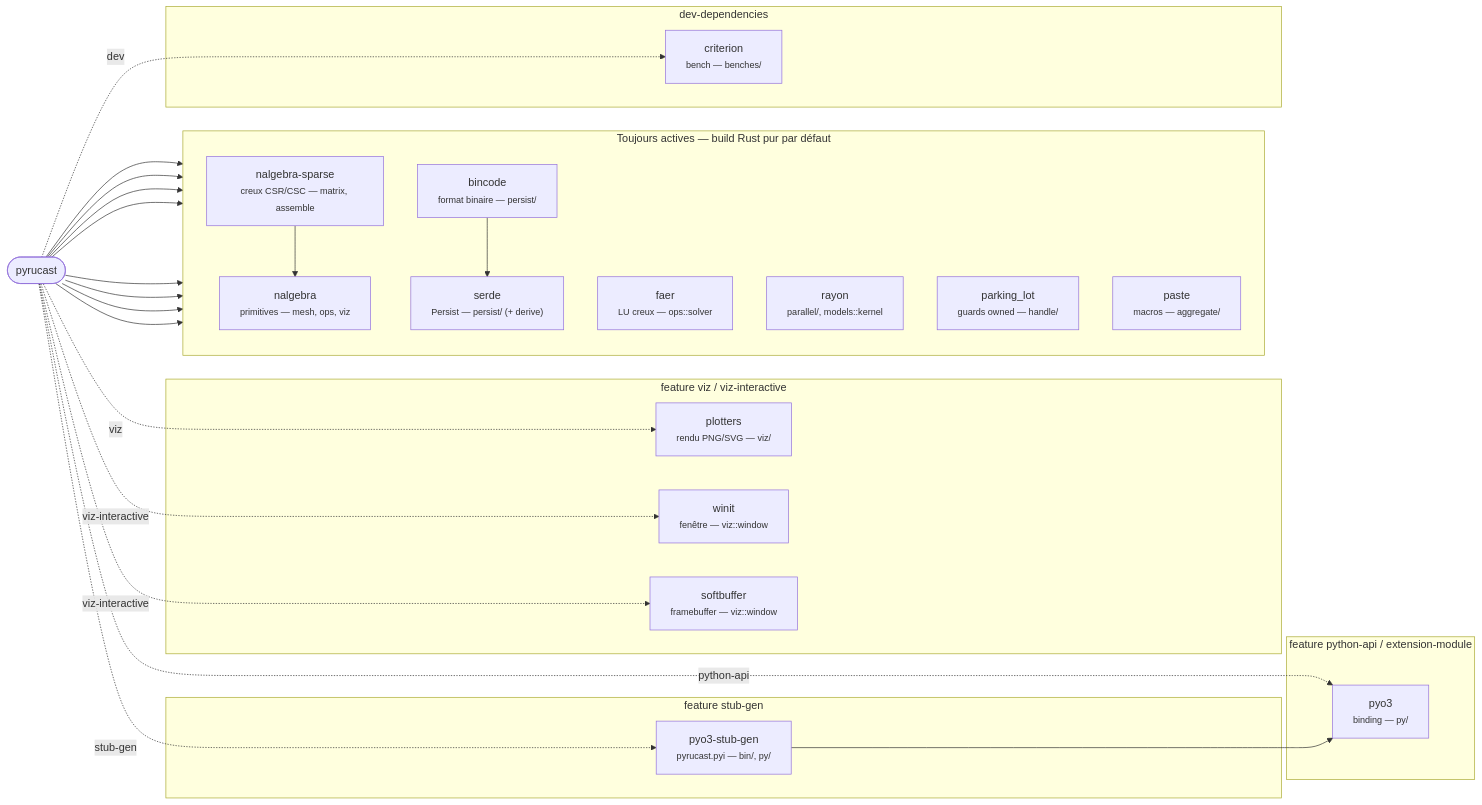
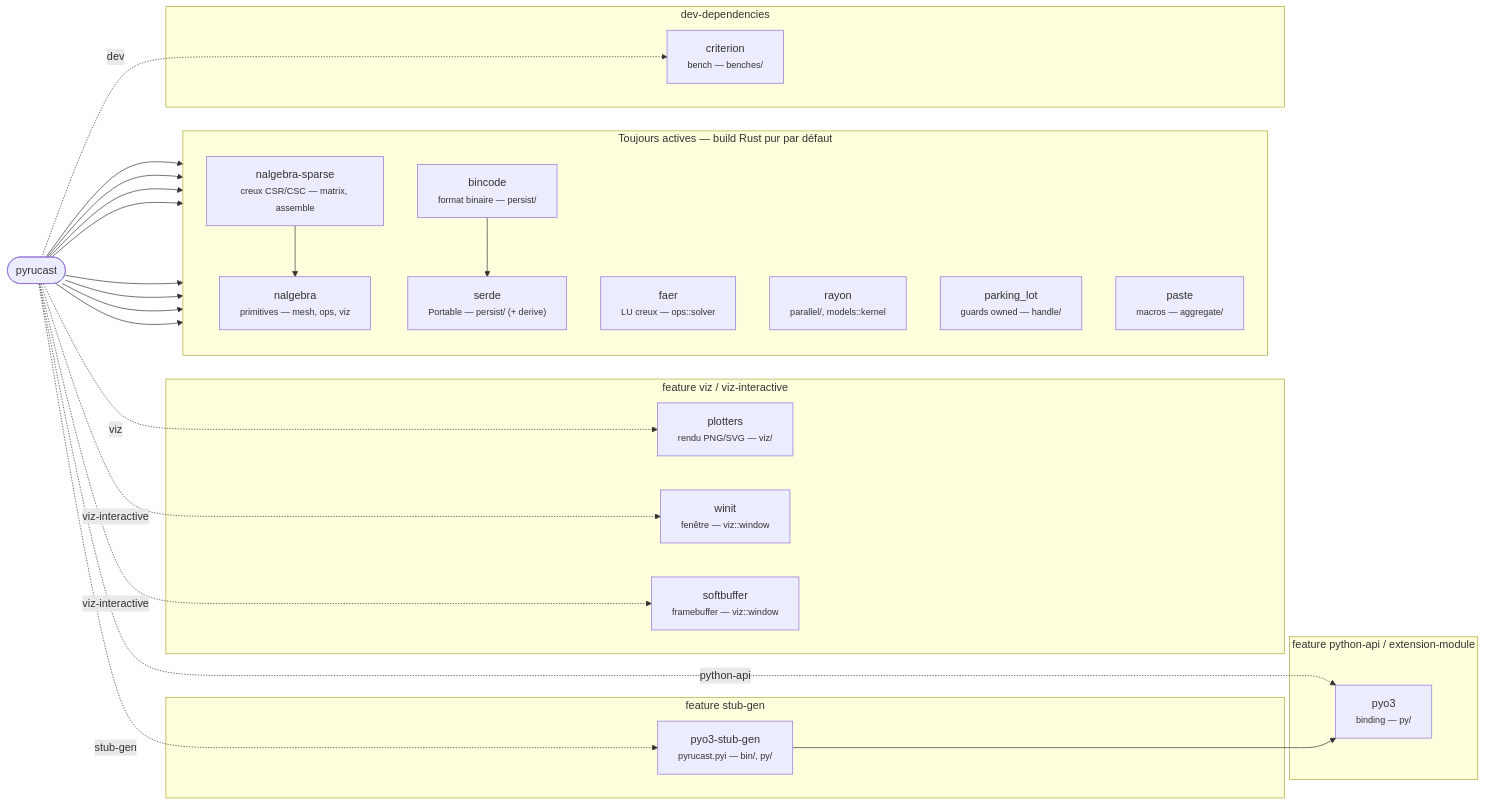
One commit to Pyrucast/pyrucast changed the diagram in book/src/developper/arborescence.md. Above: the diagram before and after it, drawn with Mermaid. The commit also changed other lines of this file and 39 other files, not shown here.

````diff
--- a/book/src/developper/arborescence.md
+++ b/book/src/developper/arborescence.md
@@ -149,42 +149,42 @@
 ```mermaid
 flowchart LR
     pc(["pyrucast"])
 
     subgraph core["Toujours actives — build Rust pur par défaut"]
         direction TB
         nalgebra["nalgebra<br/><small>primitives — mesh, ops, viz</small>"]
         nsparse["nalgebra-sparse<br/><small>creux CSR/CSC — matrix, assemble</small>"]
         faer["faer<br/><small>LU creux — ops::solver</small>"]
         rayon["rayon<br/><small>parallel/, models::kernel</small>"]
         parking["parking_lot<br/><small>guards owned — handle/</small>"]
-        serde["serde<br/><small>Persist — persist/ (+ derive)</small>"]
+        serde["serde<br/><small>Portable — persist/ (+ derive)</small>"]
         bincode["bincode<br/><small>format binaire — persist/</small>"]
         paste["paste<br/><small>macros — aggregate/</small>"]
     end
 
     subgraph pyfeat["feature python-api / extension-module"]
         pyo3["pyo3<br/><small>binding — py/</small>"]
     end
     subgraph stubfeat["feature stub-gen"]
         stubgen["pyo3-stub-gen<br/><small>pyrucast.pyi — bin/, py/</small>"]
     end
     subgraph vizfeat["feature viz / viz-interactive"]
         plotters["plotters<br/><small>rendu PNG/SVG — viz/</small>"]
         winit["winit<br/><small>fenêtre — viz::window</small>"]
         softbuffer["softbuffer<br/><small>framebuffer — viz::window</small>"]
     end
     subgraph devfeat["dev-dependencies"]
         criterion["criterion<br/><small>bench — benches/</small>"]
     end
 
     pc --> nalgebra & nsparse & faer & rayon & parking & serde & bincode & paste
     nsparse --> nalgebra
     bincode --> serde
 
     pc -. "python-api" .-> pyo3
     pc -. "stub-gen" .-> stubgen
     stubgen --> pyo3
     pc -. "viz" .-> plotters
     pc -. "viz-interactive" .-> winit & softbuffer
     pc -. "dev" .-> criterion
 ```
````
